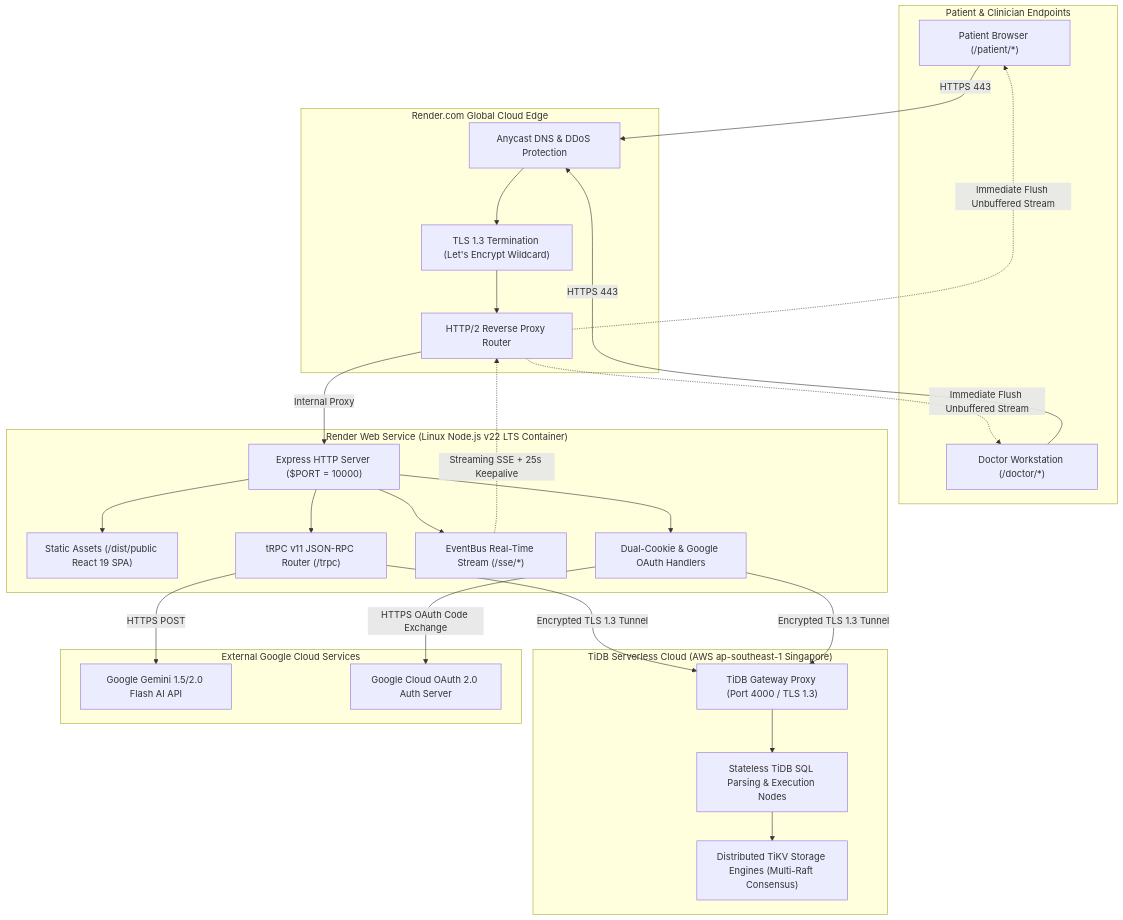
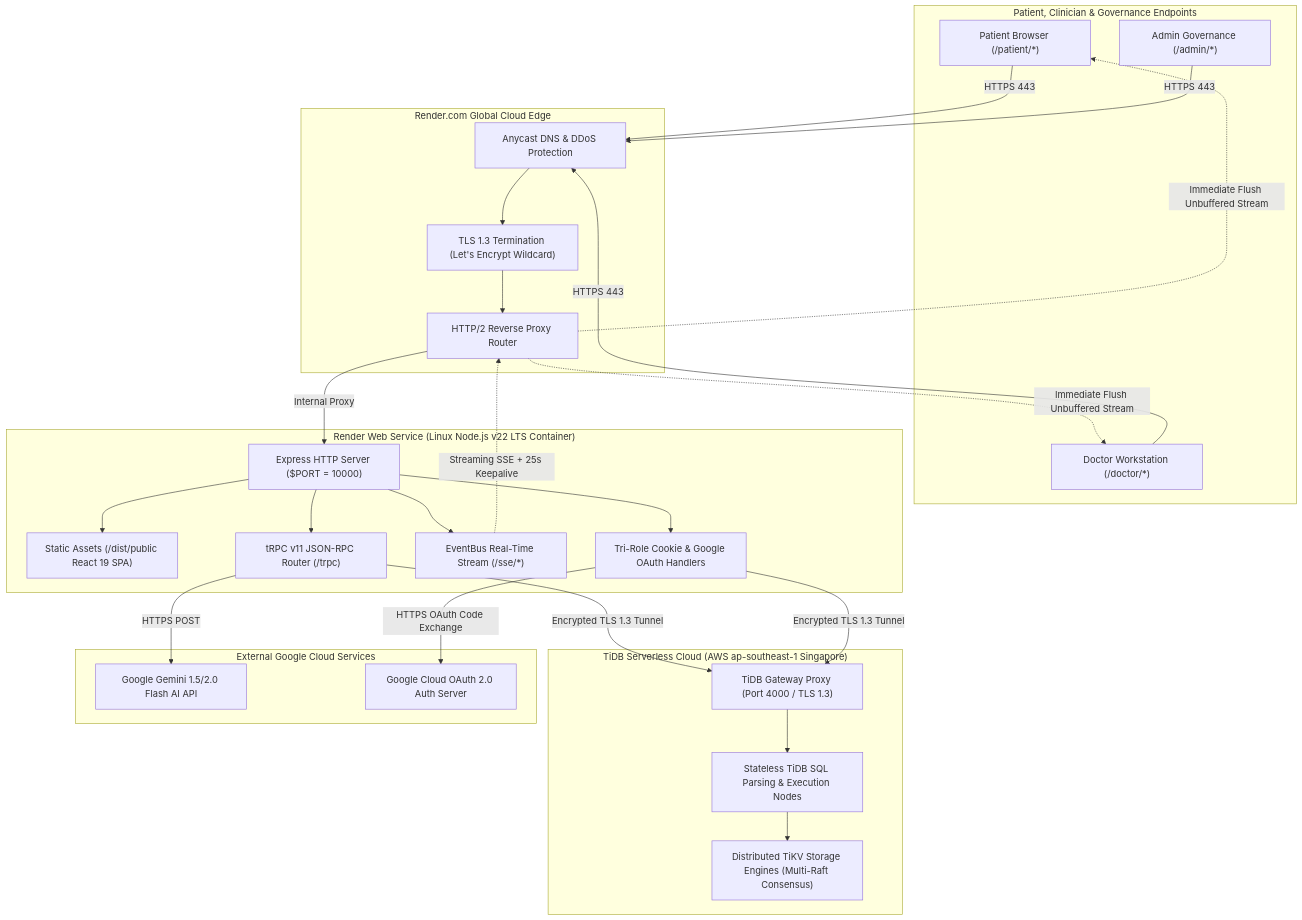
Before and after one commit to SarthakMandhare34/New-LifeLink-Smart-Healthcare-Assistance-Platform: the diagram in ARCHITECTURE.md, drawn with Mermaid. The commit also changed other lines of this file and 2 other files, not shown here.

Commit message:
docs(arch): synchronize architecture specifications, database tables, and cloud topology

````diff
--- a/ARCHITECTURE.md
+++ b/ARCHITECTURE.md
@@ -356,55 +368,57 @@
 ```mermaid
 graph TB
-    subgraph Clients["Patient & Clinician Endpoints"]
+    subgraph Clients["Patient, Clinician & Governance Endpoints"]
         PatBrowser["Patient Browser (/patient/*)"]
         DocBrowser["Doctor Workstation (/doctor/*)"]
+        AdminBrowser["Admin Governance (/admin/*)"]
     end
 
     subgraph RenderEdge["Render.com Global Cloud Edge"]
         Anycast["Anycast DNS & DDoS Protection"]
         TLS["TLS 1.3 Termination (Let's Encrypt Wildcard)"]
         RevProxy["HTTP/2 Reverse Proxy Router"]
     end
 
     subgraph RenderContainer["Render Web Service (Linux Node.js v22 LTS Container)"]
         Express["Express HTTP Server ($PORT = 10000)"]
         StaticVite["Static Assets (/dist/public React 19 SPA)"]
         tRPCRouter["tRPC v11 JSON-RPC Router (/trpc)"]
         SSEBus["EventBus Real-Time Stream (/sse/*)"]
-        AuthHandler["Dual-Cookie & Google OAuth Handlers"]
+        AuthHandler["Tri-Role Cookie & Google OAuth Handlers"]
     end
 
     subgraph TiDBCloud["TiDB Serverless Cloud (AWS ap-southeast-1 Singapore)"]
         TiDBGate["TiDB Gateway Proxy (Port 4000 / TLS 1.3)"]
         TiDBSQL["Stateless TiDB SQL Parsing & Execution Nodes"]
         TiKVStorage["Distributed TiKV Storage Engines (Multi-Raft Consensus)"]
     end
 
     subgraph GoogleCloud["External Google Cloud Services"]
         GeminiAI["Google Gemini 1.5/2.0 Flash AI API"]
         GoogleOAuth["Google Cloud OAuth 2.0 Auth Server"]
     end
 
     PatBrowser -->|HTTPS 443| Anycast
     DocBrowser -->|HTTPS 443| Anycast
+    AdminBrowser -->|HTTPS 443| Anycast
     Anycast --> TLS
     TLS --> RevProxy
     RevProxy -->|Internal Proxy| Express
 
     Express --> StaticVite
     Express --> tRPCRouter
     Express --> SSEBus
     Express --> AuthHandler
 
     tRPCRouter -->|Encrypted TLS 1.3 Tunnel| TiDBGate
     AuthHandler -->|Encrypted TLS 1.3 Tunnel| TiDBGate
     TiDBGate --> TiDBSQL
     TiDBSQL --> TiKVStorage
 
     tRPCRouter -->|HTTPS POST| GeminiAI
     AuthHandler -->|HTTPS OAuth Code Exchange| GoogleOAuth
 
     SSEBus -.->|Streaming SSE + 25s Keepalive| RevProxy
     RevProxy -.->|Immediate Flush Unbuffered Stream| PatBrowser
     RevProxy -.->|Immediate Flush Unbuffered Stream| DocBrowser
 ```
````
